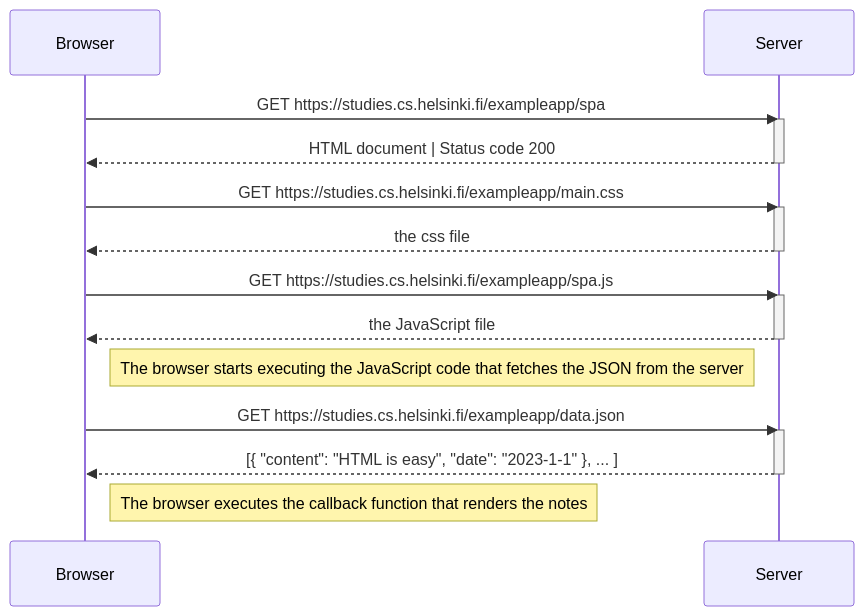
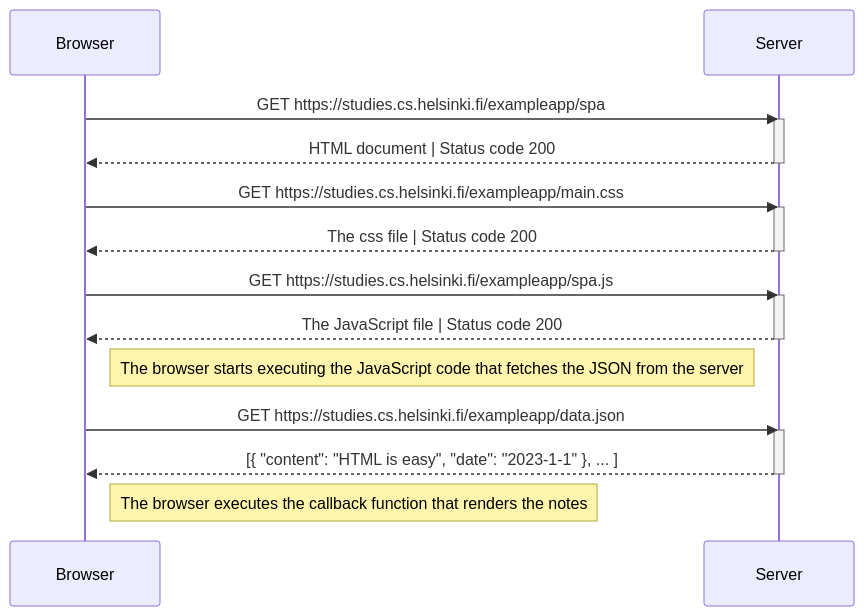
The diagram in userGoesToSPA.md (urmulu-riza/FullStackOpen-Part0), drawn with Mermaid before and after one commit. The commit also changed other lines of this file and 2 other files, not shown here.

Commit message:
SPA new note sequence diagram

````diff
--- a/userGoesToSPA.md
+++ b/userGoesToSPA.md
@@ -1,30 +4,30 @@
 ```mermaid
 sequenceDiagram
     participant b as Browser
     participant s as Server
 
     b->>s: GET https://studies.cs.helsinki.fi/exampleapp/spa
     activate s
     s-->>b: HTML document | Status code 200
     deactivate s
 
     b->>s: GET https://studies.cs.helsinki.fi/exampleapp/main.css
     activate s
-    s-->>b: the css file
+    s-->>b: The css file | Status code 200
     deactivate s
 
     b->>s: GET https://studies.cs.helsinki.fi/exampleapp/spa.js
     activate s
-    s-->>b: the JavaScript file
+    s-->>b: The JavaScript file | Status code 200
     deactivate s
 
     Note right of b: The browser starts executing the JavaScript code that fetches the JSON from the server
 
     b->>s: GET https://studies.cs.helsinki.fi/exampleapp/data.json
     activate s
     s-->>b: [{ "content": "HTML is easy", "date": "2023-1-1" }, ... ]
     deactivate s
 
     Note right of b: The browser executes the callback function that renders the notes
 
 ```
````
